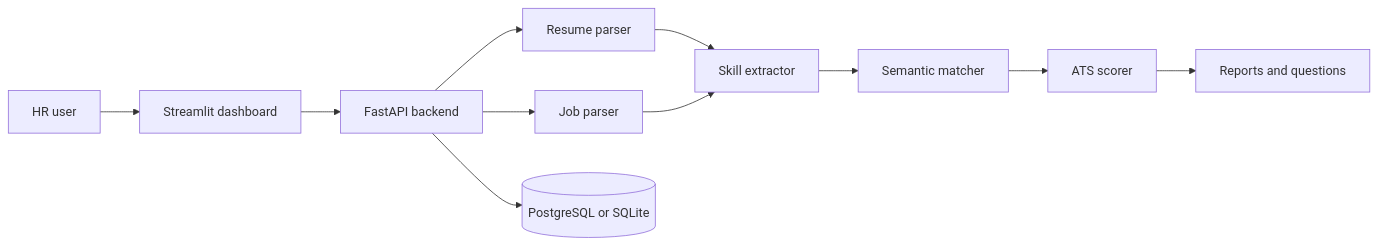
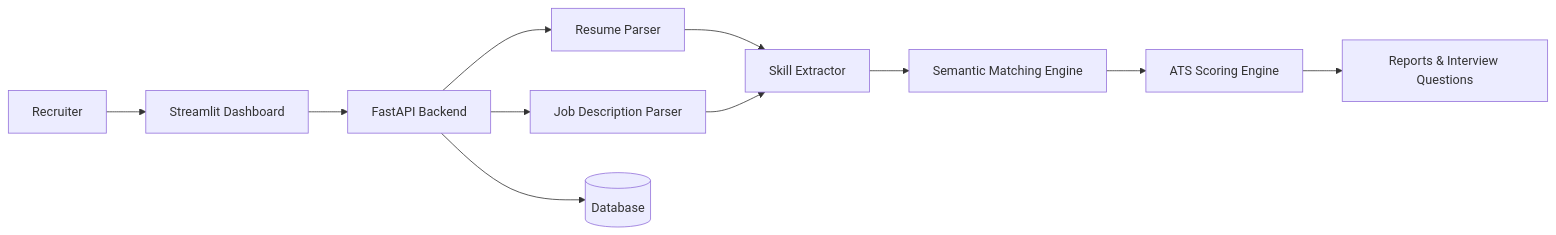
The diagram in README.md (ossaui/HireSense-AI), drawn with Mermaid before and after one commit. The commit also changed other lines of this file, not shown here.

````diff
--- a/README.md
+++ b/README.md
@@ -20,13 +40,23 @@
 ```mermaid
 flowchart LR
-    HR["HR user"] --> UI["Streamlit dashboard"]
-    UI --> API["FastAPI backend"]
-    API --> Parser["Resume parser"]
-    API --> JD["Job parser"]
-    Parser --> Skills["Skill extractor"]
-    JD --> Skills
-    Skills --> Matcher["Semantic matcher"]
-    Matcher --> Scorer["ATS scorer"]
-    Scorer --> Reports["Reports and questions"]
-    API --> DB[("PostgreSQL or SQLite")]
+
+HR["Recruiter"] --> UI["Streamlit Dashboard"]
+
+UI --> API["FastAPI Backend"]
+
+API --> Parser["Resume Parser"]
+
+API --> JD["Job Description Parser"]
+
+Parser --> Skills["Skill Extractor"]
+
+JD --> Skills
+
+Skills --> Matcher["Semantic Matching Engine"]
+
+Matcher --> ATS["ATS Scoring Engine"]
+
+ATS --> Reports["Reports & Interview Questions"]
+
+API --> DB[("Database")]
 ```
````
